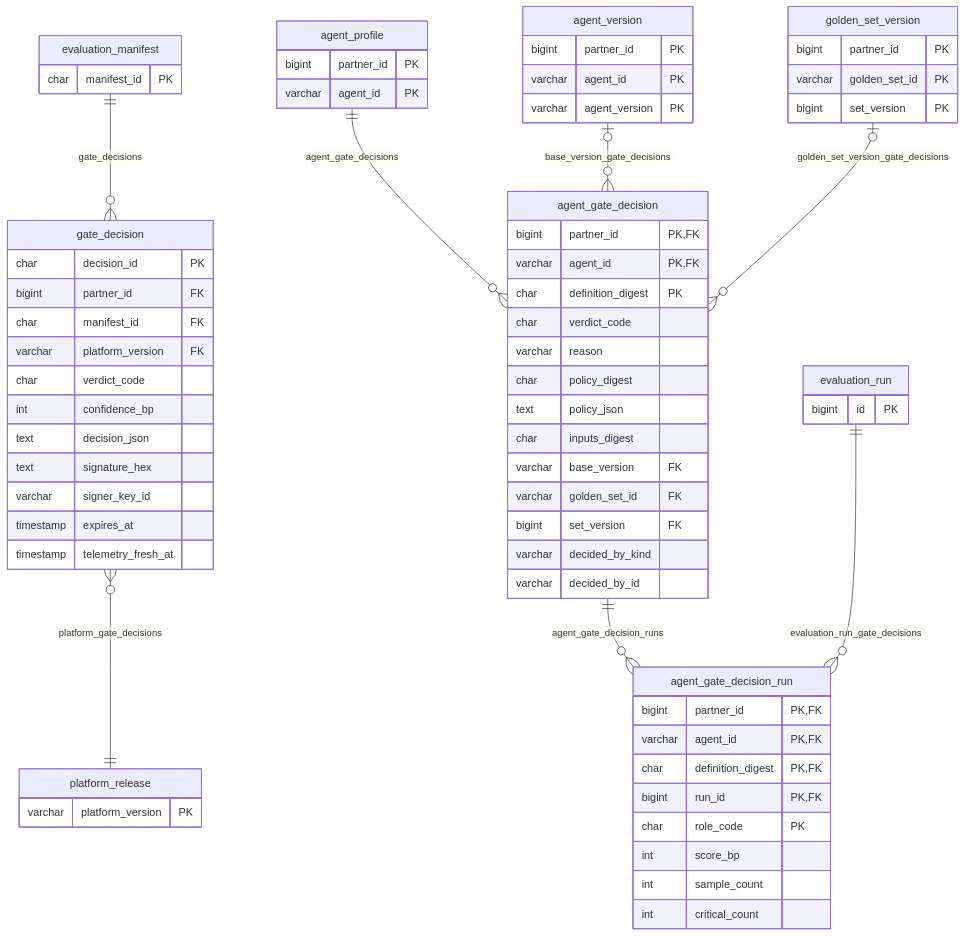
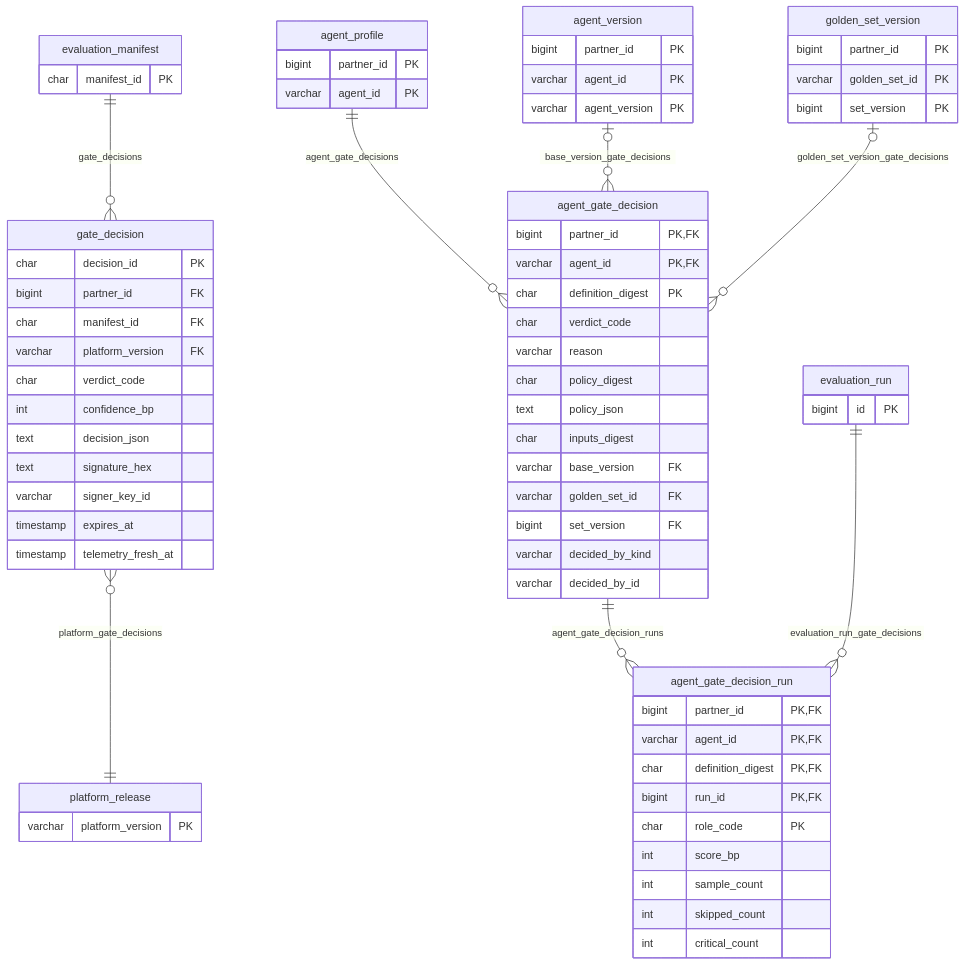
One commit to nauticana/scout changed diagram 24 of 24 in doc/database.md. Above: the diagram before and after it, drawn with Mermaid. The commit also changed other lines of this file and 83 other files, not shown here.

````diff
--- a/doc/database.md
+++ b/doc/database.md
@@ -2532,72 +2534,73 @@
 ```mermaid
 erDiagram
     evaluation_manifest ||--o{ gate_decision : gate_decisions
     gate_decision }o--|| platform_release : platform_gate_decisions
     agent_profile ||--o{ agent_gate_decision : agent_gate_decisions
     agent_version |o--o{ agent_gate_decision : base_version_gate_decisions
     golden_set_version |o--o{ agent_gate_decision : golden_set_version_gate_decisions
     agent_gate_decision ||--o{ agent_gate_decision_run : agent_gate_decision_runs
     evaluation_run ||--o{ agent_gate_decision_run : evaluation_run_gate_decisions
 
     evaluation_manifest {
         char manifest_id PK
     }
     platform_release {
         varchar platform_version PK
     }
     agent_profile {
         bigint partner_id PK
         varchar agent_id PK
     }
     agent_version {
         bigint partner_id PK
         varchar agent_id PK
         varchar agent_version PK
     }
     golden_set_version {
         bigint partner_id PK
         varchar golden_set_id PK
         bigint set_version PK
     }
     evaluation_run {
         bigint id PK
     }
     gate_decision {
         char decision_id PK
         bigint partner_id FK
         char manifest_id FK
         varchar platform_version FK
         char verdict_code
         int confidence_bp
         text decision_json
         text signature_hex
         varchar signer_key_id
         timestamp expires_at
         timestamp telemetry_fresh_at
     }
     agent_gate_decision {
         bigint partner_id PK,FK
         varchar agent_id PK,FK
         char definition_digest PK
         char verdict_code
         varchar reason
         char policy_digest
         text policy_json
         char inputs_digest
         varchar base_version FK
         varchar golden_set_id FK
         bigint set_version FK
         varchar decided_by_kind
         varchar decided_by_id
     }
     agent_gate_decision_run {
         bigint partner_id PK,FK
         varchar agent_id PK,FK
         char definition_digest PK,FK
         bigint run_id PK,FK
         char role_code PK
         int score_bp
         int sample_count
+        int skipped_count
         int critical_count
     }
 ```
````
